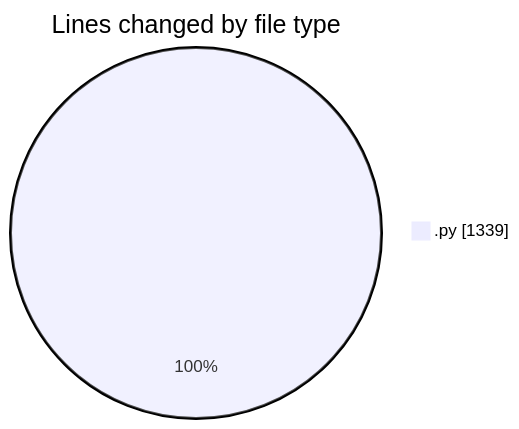
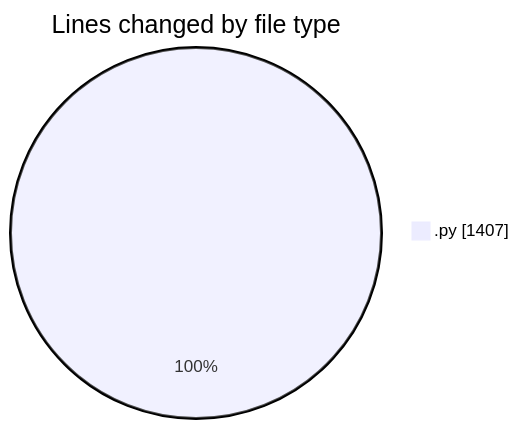
One commit to MatusMokan/code-tracking changed the first of 2 diagrams in 2025-03-18/myws__workspace_/README.md. Above: the diagram before and after it, drawn with Mermaid. The commit also changed other lines of this file and 1 other file, not shown here.

````diff
--- a/2025-03-18/myws__workspace_/README.md
+++ b/2025-03-18/myws__workspace_/README.md
@@ -25,5 +25,5 @@
 ```mermaid
 pie showData
 title Lines changed by file type
-".py" : 1339
+".py" : 1407
 ```
````
